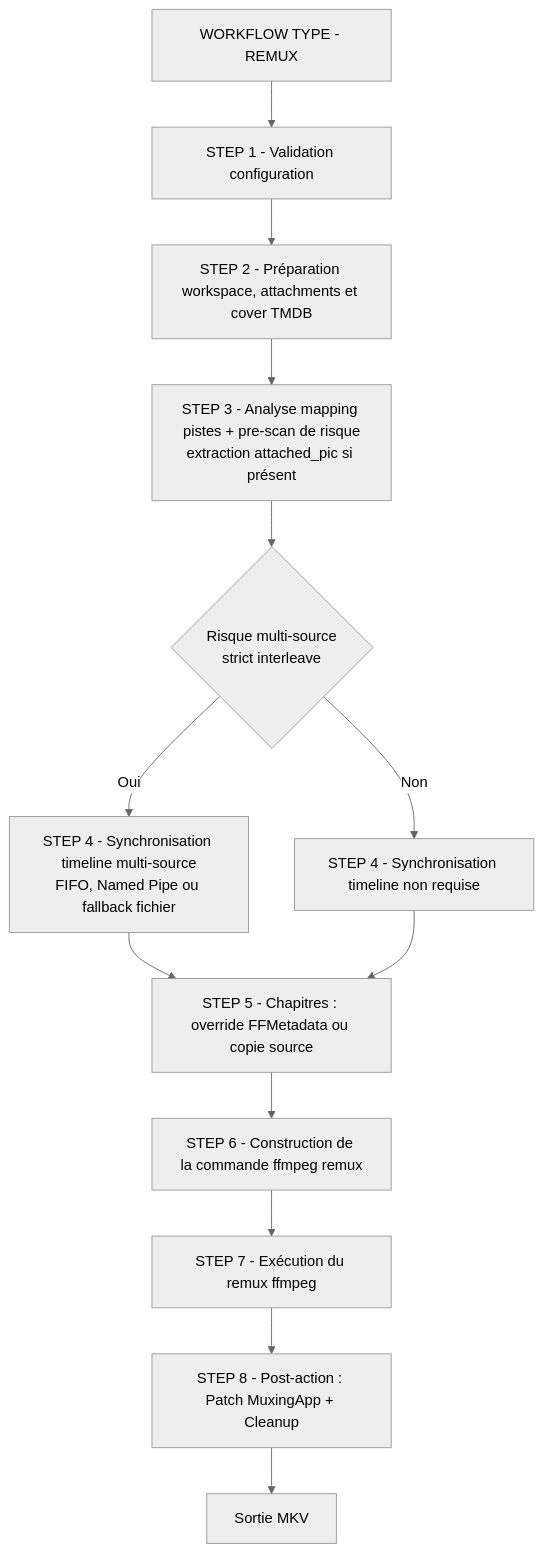
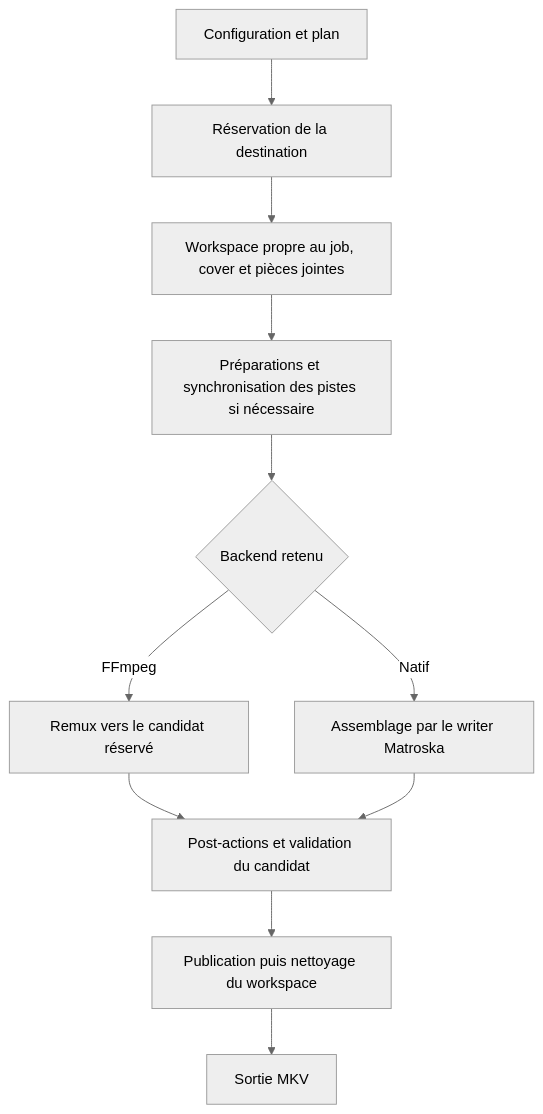
The second of 5 diagrams in README.md (Hydro74000/muxiveo), drawn with Mermaid (neutral theme) before and after one commit. The commit also changed other lines of this file and 34 other files, not shown here.

````diff
--- a/README.md
+++ b/README.md
@@ -743,15 +741,13 @@
 ```mermaid
 flowchart TD
-    A["WORKFLOW TYPE - REMUX"] --> B["STEP 1 - Validation configuration"]
-    B --> C["STEP 2 - Préparation workspace, attachments et cover TMDB"]
-    C --> D["STEP 3 - Analyse mapping pistes + pre-scan de risque<br/>extraction attached_pic si présent"]
-    D --> E{"Risque multi-source<br/>strict interleave"}
-    E -->|Oui| F["STEP 4 - Synchronisation timeline multi-source<br/>FIFO, Named Pipe ou fallback fichier"]
-    E -->|Non| G["STEP 4 - Synchronisation timeline non requise"]
-    F --> H["STEP 5 - Chapitres : override FFMetadata ou copie source"]
+    A[Configuration et plan] --> B[Réservation de la destination]
+    B --> C[Workspace propre au job, cover et pièces jointes]
+    C --> D[Préparations et synchronisation des pistes si nécessaire]
+    D --> E{Backend retenu}
+    E -->|FFmpeg| F[Remux vers le candidat réservé]
+    E -->|Natif| G[Assemblage par le writer Matroska]
+    F --> H[Post-actions et validation du candidat]
     G --> H
-    H --> I["STEP 6 - Construction de la commande ffmpeg remux"]
-    I --> J["STEP 7 - Exécution du remux ffmpeg"]
-    J --> K["STEP 8 - Post-action : Patch MuxingApp + Cleanup"]
-    K --> L["Sortie MKV"]
+    H --> I[Publication puis nettoyage du workspace]
+    I --> Z[Sortie MKV]
 ```
````
